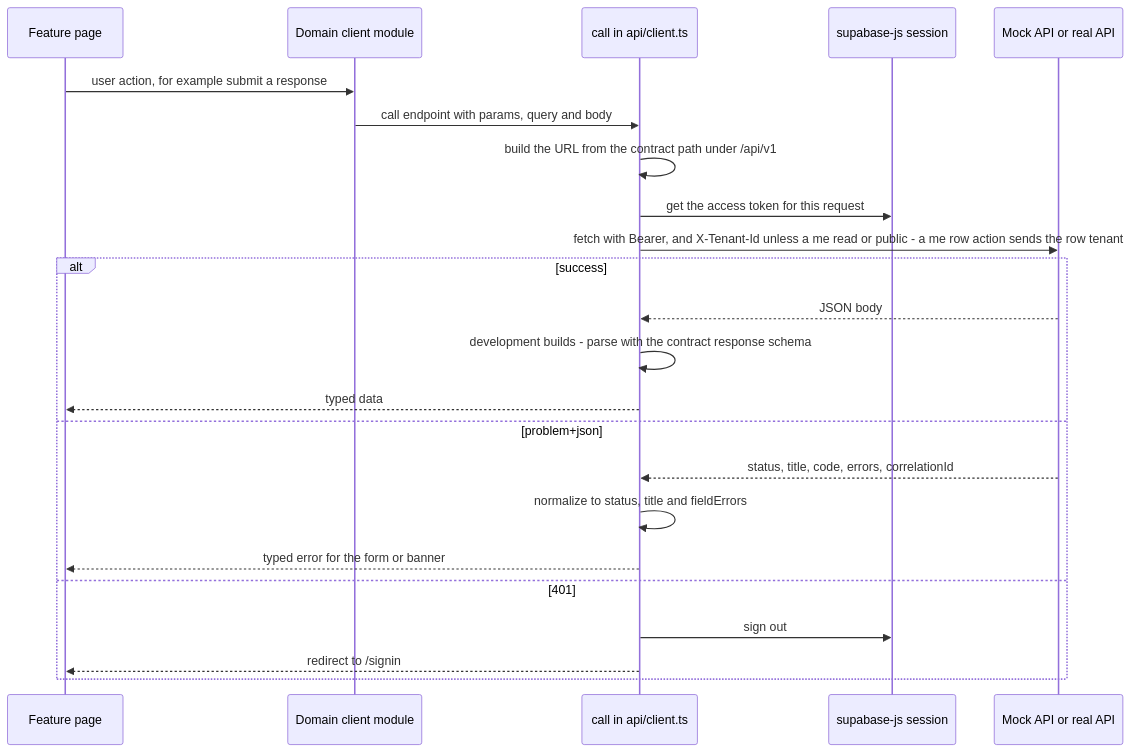
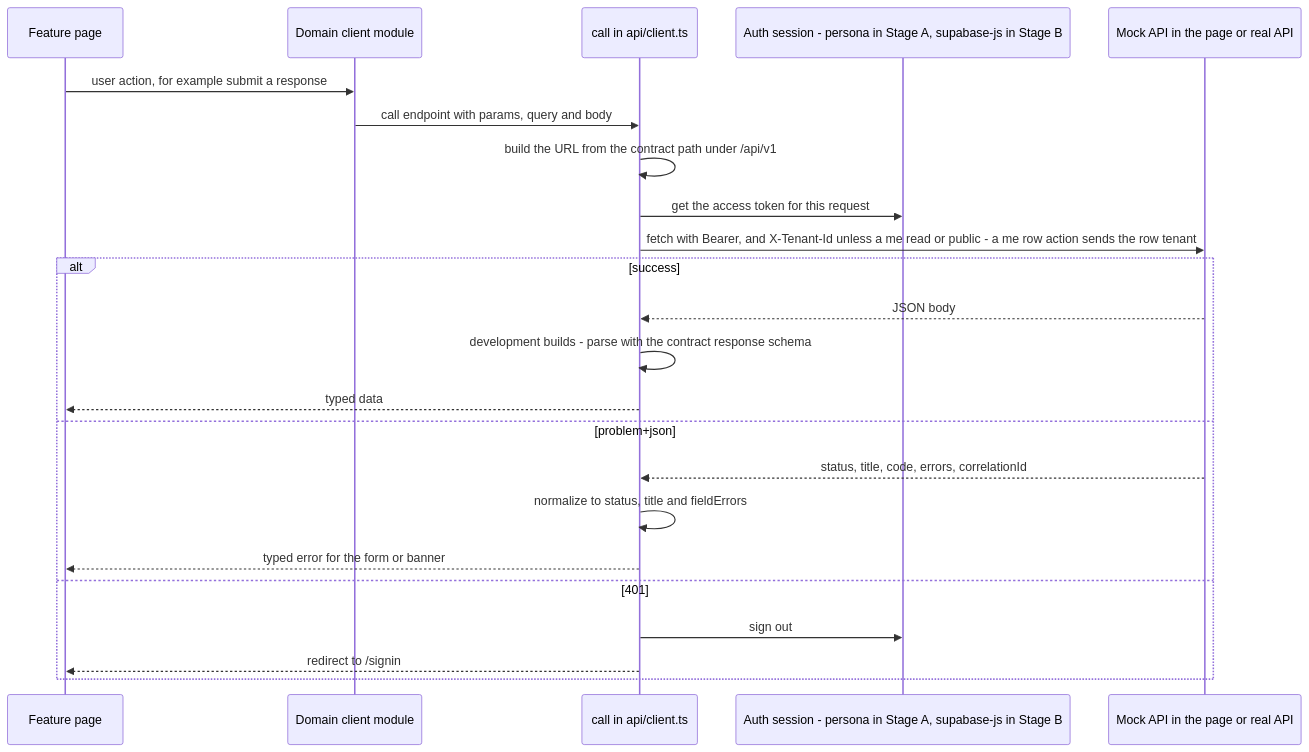
One commit to wemaketools/tenderiq changed the sixth of 7 diagrams in docs/technical/09-frontend.md. Above: the diagram before and after it, drawn with Mermaid. The commit also changed other lines of this file and 157 other files, not shown here.

````diff
--- a/docs/technical/09-frontend.md
+++ b/docs/technical/09-frontend.md
@@ -833,25 +834,25 @@
 ```mermaid
 sequenceDiagram
   participant P as Feature page
   participant D as Domain client module
   participant C as call in api/client.ts
-  participant SB as supabase-js session
-  participant API as Mock API or real API
+  participant SB as Auth session - persona in Stage A, supabase-js in Stage B
+  participant API as Mock API in the page or real API
   P->>D: user action, for example submit a response
   D->>C: call endpoint with params, query and body
   C->>C: build the URL from the contract path under /api/v1
   C->>SB: get the access token for this request
   C->>API: fetch with Bearer, and X-Tenant-Id unless a me read or public - a me row action sends the row tenant
   alt success
     API-->>C: JSON body
     C->>C: development builds - parse with the contract response schema
     C-->>P: typed data
   else problem+json
     API-->>C: status, title, code, errors, correlationId
     C->>C: normalize to status, title and fieldErrors
     C-->>P: typed error for the form or banner
   else 401
     C->>SB: sign out
     C-->>P: redirect to /signin
   end
 ```
````
